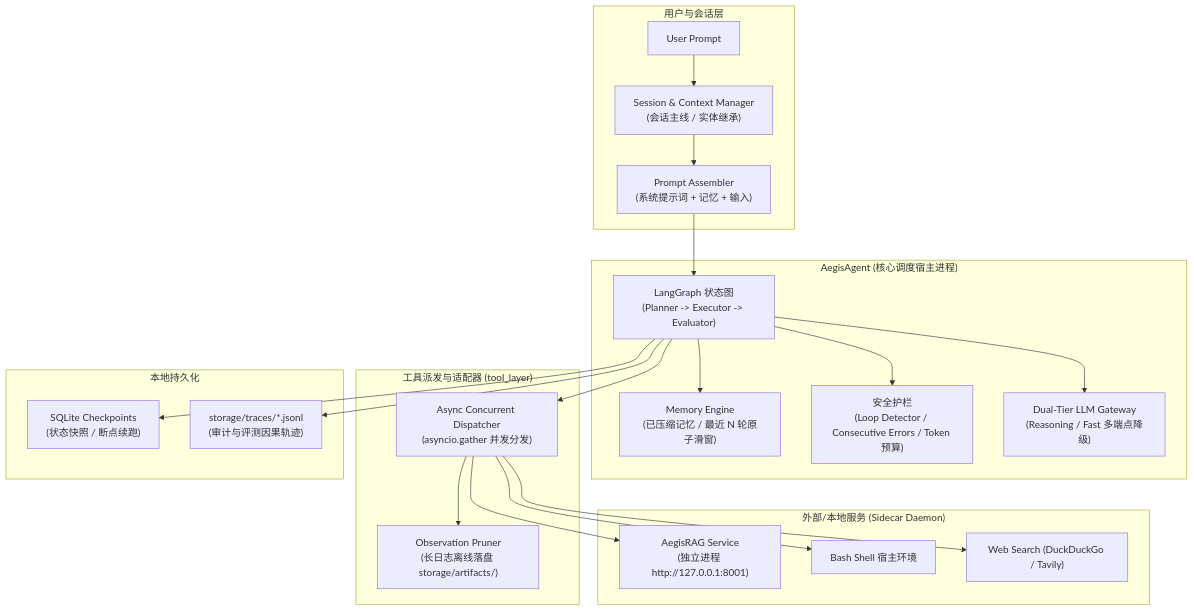
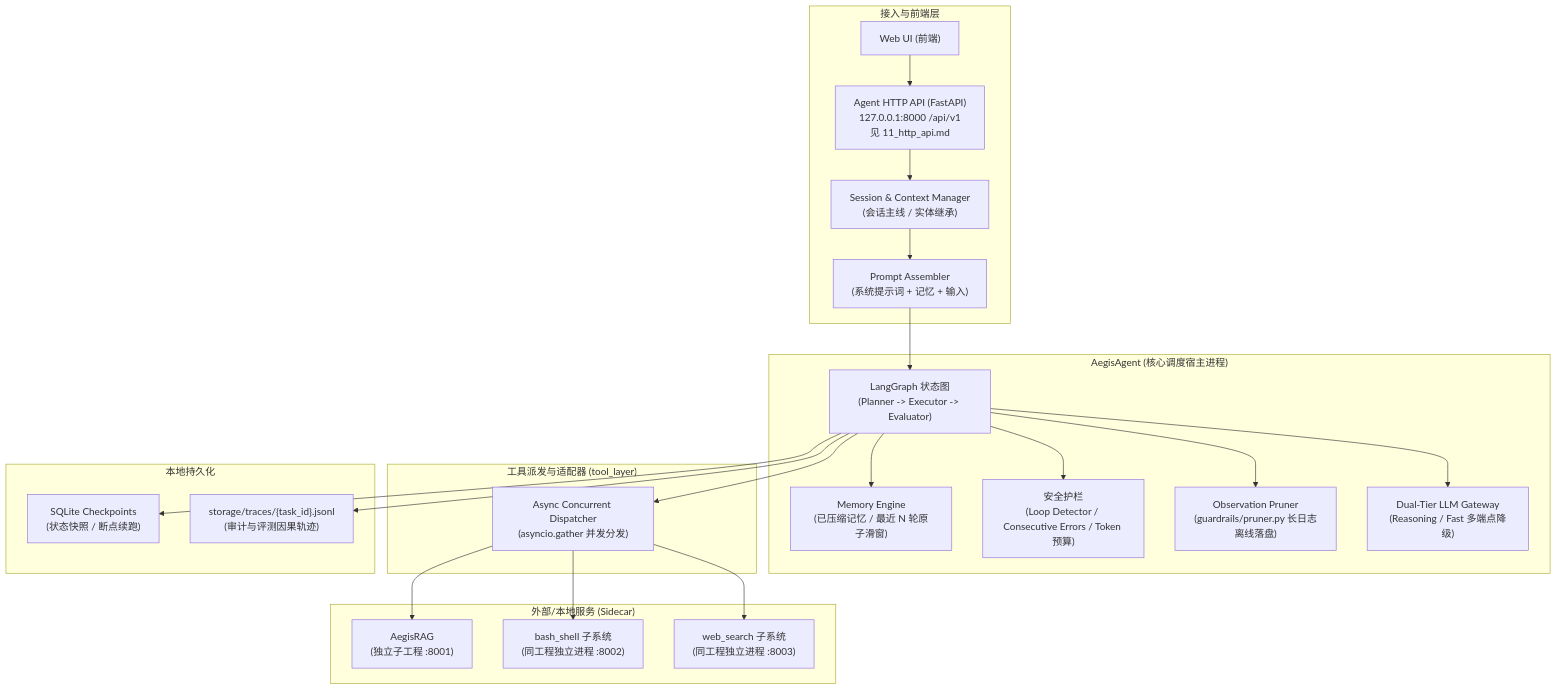
One commit to MakinoharaShokosans/Aegis changed the diagram in documents/agent_runtime/01_architecture_overview.md. Above: the diagram before and after it, drawn with Mermaid. The commit also changed other lines of this file and 14 other files, not shown here.

First line of the commit message:
docs: 同步目录结构与 HTTP API 规范，裁决 11 项规范冲突

````diff
--- a/documents/agent_runtime/01_architecture_overview.md
+++ b/documents/agent_runtime/01_architecture_overview.md
@@ -18,45 +18,47 @@
 ```mermaid
 graph TB
-    subgraph Client["用户与会话层"]
-        U["User Prompt"]
+    subgraph Client["接入与前端层"]
+        FE["Web UI (前端)"]
+        API["Agent HTTP API (FastAPI)<br/>127.0.0.1:8000 /api/v1<br/>见 11_http_api.md"]
         SM["Session & Context Manager<br/>(会话主线 / 实体继承)"]
         CP["Prompt Assembler<br/>(系统提示词 + 记忆 + 输入)"]
     end
 
     subgraph AegisAgent["AegisAgent (核心调度宿主进程)"]
         G["LangGraph 状态图<br/>(Planner -> Executor -> Evaluator)"]
         M["Memory Engine<br/>(已压缩记忆 / 最近 N 轮原子滑窗)"]
         GD["安全护栏<br/>(Loop Detector / Consecutive Errors / Token 预算)"]
+        PR["Observation Pruner<br/>(guardrails/pruner.py 长日志离线落盘)"]
         LLM["Dual-Tier LLM Gateway<br/>(Reasoning / Fast 多端点降级)"]
     end
 
     subgraph ToolLayer["工具派发与适配器 (tool_layer)"]
         TC["Async Concurrent Dispatcher<br/>(asyncio.gather 并发分发)"]
-        PR["Observation Pruner<br/>(长日志离线落盘 storage/artifacts/)"]
     end
 
-    subgraph Services["外部/本地服务 (Sidecar Daemon)"]
-        RAG["AegisRAG Service<br/>(独立进程 http://127.0.0.1:8001)"]
-        BASH["Bash Shell 宿主环境"]
-        WEB["Web Search (DuckDuckGo / Tavily)"]
+    subgraph Services["外部/本地服务 (Sidecar)"]
+        RAG["AegisRAG<br/>(独立子工程 :8001)"]
+        BASH["bash_shell 子系统<br/>(同工程独立进程 :8002)"]
+        WEB["web_search 子系统<br/>(同工程独立进程 :8003)"]
     end
 
     subgraph Storage["本地持久化"]
         CK["SQLite Checkpoints<br/>(状态快照 / 断点续跑)"]
-        TR["storage/traces/*.jsonl<br/>(审计与评测因果轨迹)"]
+        TR["storage/traces/{task_id}.jsonl<br/>(审计与评测因果轨迹)"]
     end
 
-    U --> SM
+    FE --> API
+    API --> SM
     SM --> CP
     CP --> G
     G --> M
     G --> GD
     G --> LLM
     G --> TC
-    TC --> PR
+    G --> PR
     TC --> RAG
     TC --> BASH
     TC --> WEB
     G --> CK
     G --> TR
 ```
````
